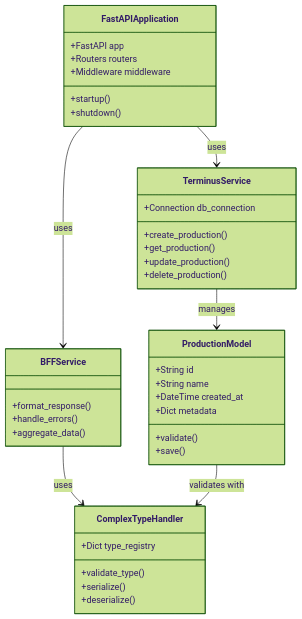
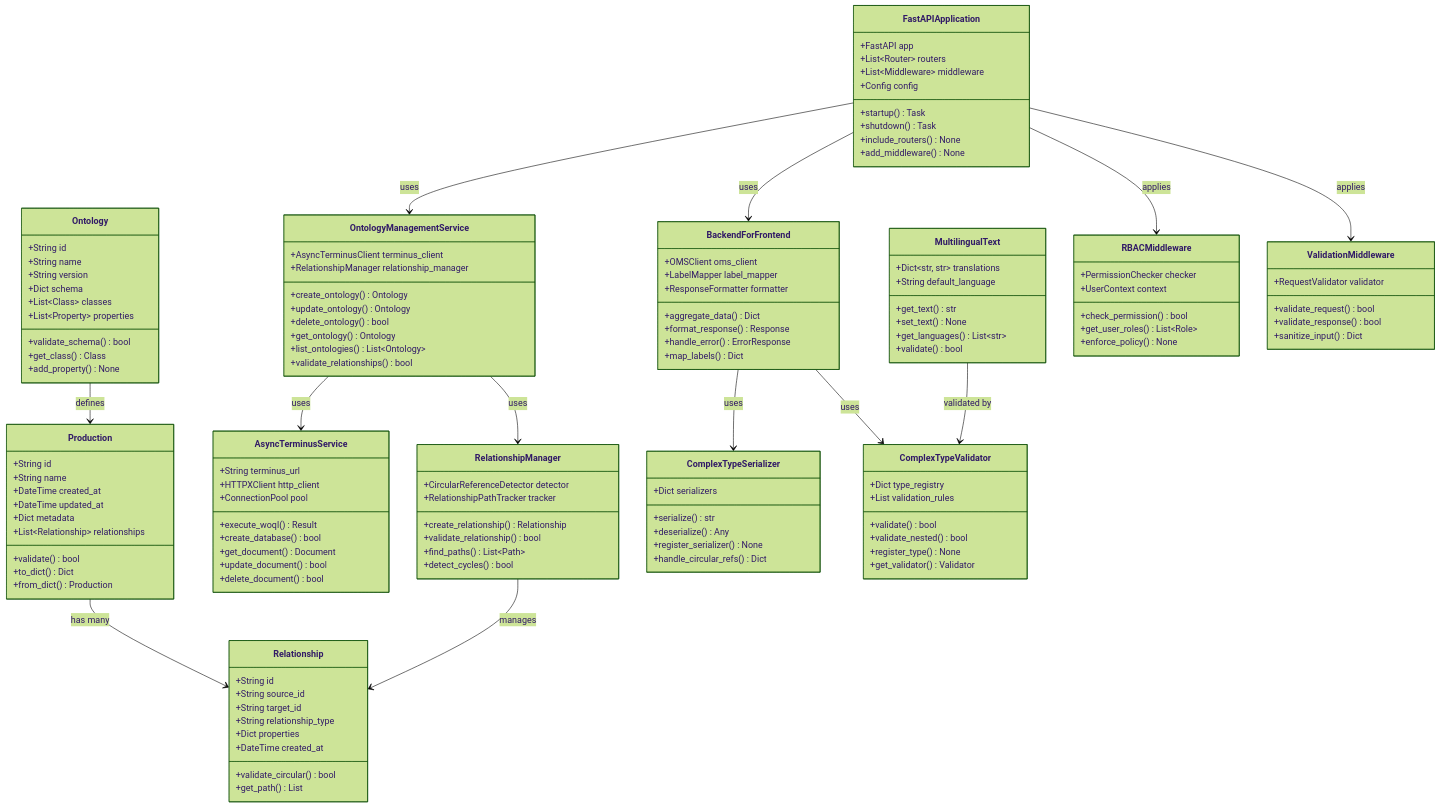
One commit to ludia8888/SPICE-Harvester changed the diagram in docs/architecture/backend_classes.mmd. Above: the diagram before and after it, drawn with Mermaid (forest theme). The commit also changed 20 other files, not shown here.

```diff
--- a/docs/architecture/backend_classes.mmd
+++ b/docs/architecture/backend_classes.mmd
@@ -1,46 +1,150 @@
 classDiagram
-    %% SPICE HARVESTER Backend Architecture
+    %% SPICE HARVESTER Comprehensive Backend Architecture
     
+    %% Core Application Layer
     class FastAPIApplication {
         +FastAPI app
-        +Routers routers
-        +Middleware middleware
-        +startup()
-        +shutdown()
+        +List~Router~ routers
+        +List~Middleware~ middleware
+        +Config config
+        +startup() Task
+        +shutdown() Task
+        +include_routers() None
+        +add_middleware() None
     }
     
-    class ProductionModel {
+    %% Domain Models
+    class Production {
         +String id
         +String name
         +DateTime created_at
+        +DateTime updated_at
         +Dict metadata
-        +validate()
-        +save()
+        +List~Relationship~ relationships
+        +validate() bool
+        +to_dict() Dict
+        +from_dict() Production
     }
     
-    class TerminusService {
-        +Connection db_connection
-        +create_production()
-        +get_production()
-        +update_production()
-        +delete_production()
+    class Ontology {
+        +String id
+        +String name
+        +String version
+        +Dict schema
+        +List~Class~ classes
+        +List~Property~ properties
+        +validate_schema() bool
+        +get_class() Class
+        +add_property() None
     }
     
-    class BFFService {
-        +format_response()
-        +handle_errors()
-        +aggregate_data()
+    class Relationship {
+        +String id
+        +String source_id
+        +String target_id
+        +String relationship_type
+        +Dict properties
+        +DateTime created_at
+        +validate_circular() bool
+        +get_path() List
     }
     
-    class ComplexTypeHandler {
-        +Dict type_registry
-        +validate_type()
-        +serialize()
-        +deserialize()
+    %% Service Layer
+    class OntologyManagementService {
+        +AsyncTerminusClient terminus_client
+        +RelationshipManager relationship_manager
+        +create_ontology() Ontology
+        +update_ontology() Ontology
+        +delete_ontology() bool
+        +get_ontology() Ontology
+        +list_ontologies() List~Ontology~
+        +validate_relationships() bool
     }
     
-    FastAPIApplication --> TerminusService : uses
-    FastAPIApplication --> BFFService : uses
-    TerminusService --> ProductionModel : manages
-    BFFService --> ComplexTypeHandler : uses
-    ProductionModel --> ComplexTypeHandler : validates with
+    class BackendForFrontend {
+        +OMSClient oms_client
+        +LabelMapper label_mapper
+        +ResponseFormatter formatter
+        +aggregate_data() Dict
+        +format_response() Response
+        +handle_error() ErrorResponse
+        +map_labels() Dict
+    }
+    
+    class AsyncTerminusService {
+        +String terminus_url
+        +HTTPXClient http_client
+        +ConnectionPool pool
+        +execute_woql() Result
+        +create_database() bool
+        +get_document() Document
+        +update_document() bool
+        +delete_document() bool
+    }
+    
+    %% Complex Type System
+    class ComplexTypeValidator {
+        +Dict type_registry
+        +List validation_rules
+        +validate() bool
+        +validate_nested() bool
+        +register_type() None
+        +get_validator() Validator
+    }
+    
+    class ComplexTypeSerializer {
+        +Dict serializers
+        +serialize() str
+        +deserialize() Any
+        +register_serializer() None
+        +handle_circular_refs() Dict
+    }
+    
+    %% Utils and Helpers
+    class RelationshipManager {
+        +CircularReferenceDetector detector
+        +RelationshipPathTracker tracker
+        +create_relationship() Relationship
+        +validate_relationship() bool
+        +find_paths() List~Path~
+        +detect_cycles() bool
+    }
+    
+    class MultilingualText {
+        +Dict~str, str~ translations
+        +String default_language
+        +get_text() str
+        +set_text() None
+        +get_languages() List~str~
+        +validate() bool
+    }
+    
+    %% Middleware
+    class RBACMiddleware {
+        +PermissionChecker checker
+        +UserContext context
+        +check_permission() bool
+        +get_user_roles() List~Role~
+        +enforce_policy() None
+    }
+    
+    class ValidationMiddleware {
+        +RequestValidator validator
+        +validate_request() bool
+        +validate_response() bool
+        +sanitize_input() Dict
+    }
+    
+    %% Relationships
+    FastAPIApplication --> OntologyManagementService : uses
+    FastAPIApplication --> BackendForFrontend : uses
+    OntologyManagementService --> AsyncTerminusService : uses
+    OntologyManagementService --> RelationshipManager : uses
+    BackendForFrontend --> ComplexTypeSerializer : uses
+    BackendForFrontend --> ComplexTypeValidator : uses
+    Production --> Relationship : has many
+    Ontology --> Production : defines
+    RelationshipManager --> Relationship : manages
+    FastAPIApplication --> RBACMiddleware : applies
+    FastAPIApplication --> ValidationMiddleware : applies
+    MultilingualText --> ComplexTypeValidator : validated by
```
